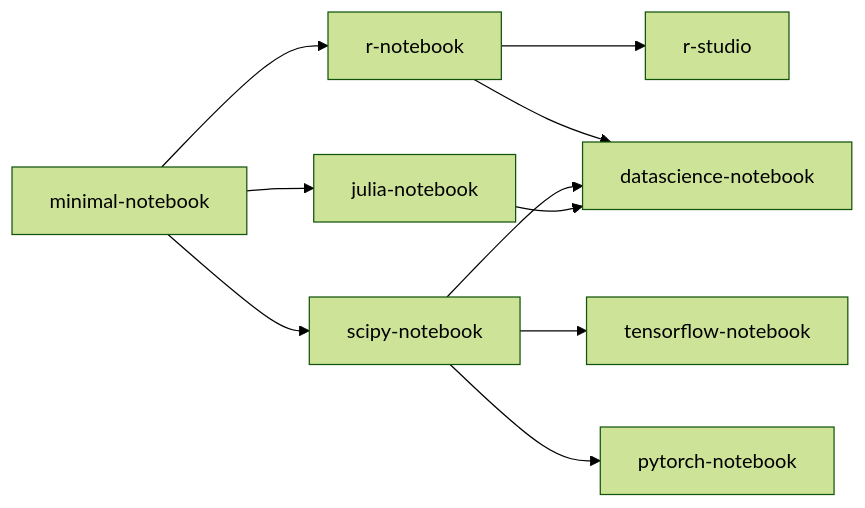
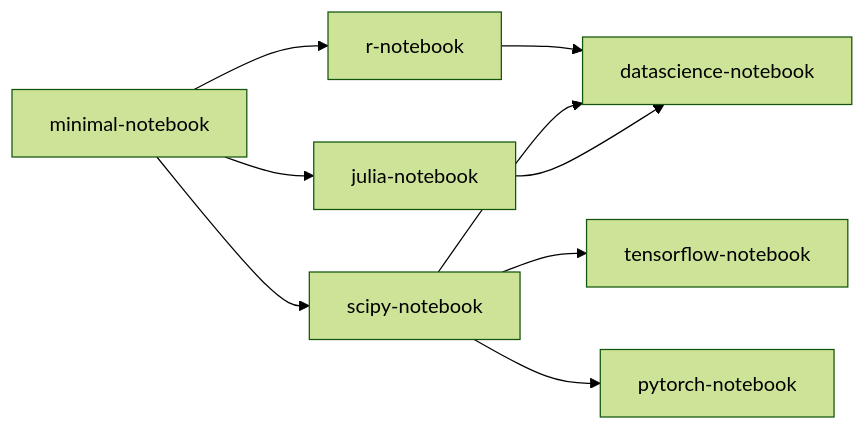
One commit to SDSU-Research-CI/SDSU-Research-CI.github.io changed the first of 2 diagrams in docs/instructionalcluster/availableimages.md. Above: the diagram before and after it, drawn with Mermaid (forest theme). The commit also changed other lines of this file, not shown here.

Commit message:
Updated container image tags and flow diagrams

````diff
--- a/docs/instructionalcluster/availableimages.md
+++ b/docs/instructionalcluster/availableimages.md
@@ -37,21 +36,19 @@
 ```mermaid
 graph LR;
     A[minimal-notebook]
     B[r-notebook]
     C[scipy-notebook]
     D[tensorflow-notebook]
     E[datascience-notebook]
     F[pytorch-notebook]
     G[julia-notebook]
-    H[r-studio]
 
     A --> B
     A --> C
     A --> G
-    B --> H
     B --> E
     C --> E
     C --> D
     C --> F
     G --> E
 ```
````
